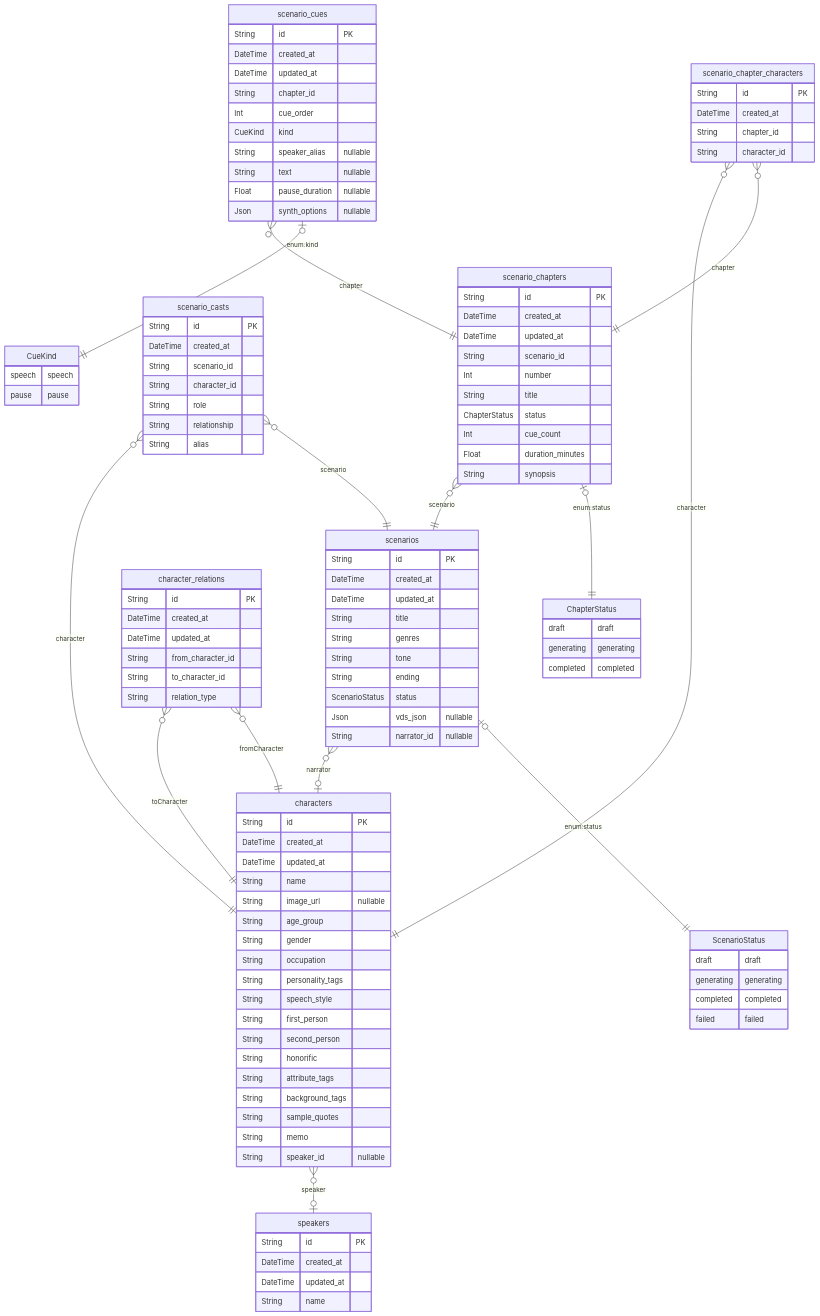
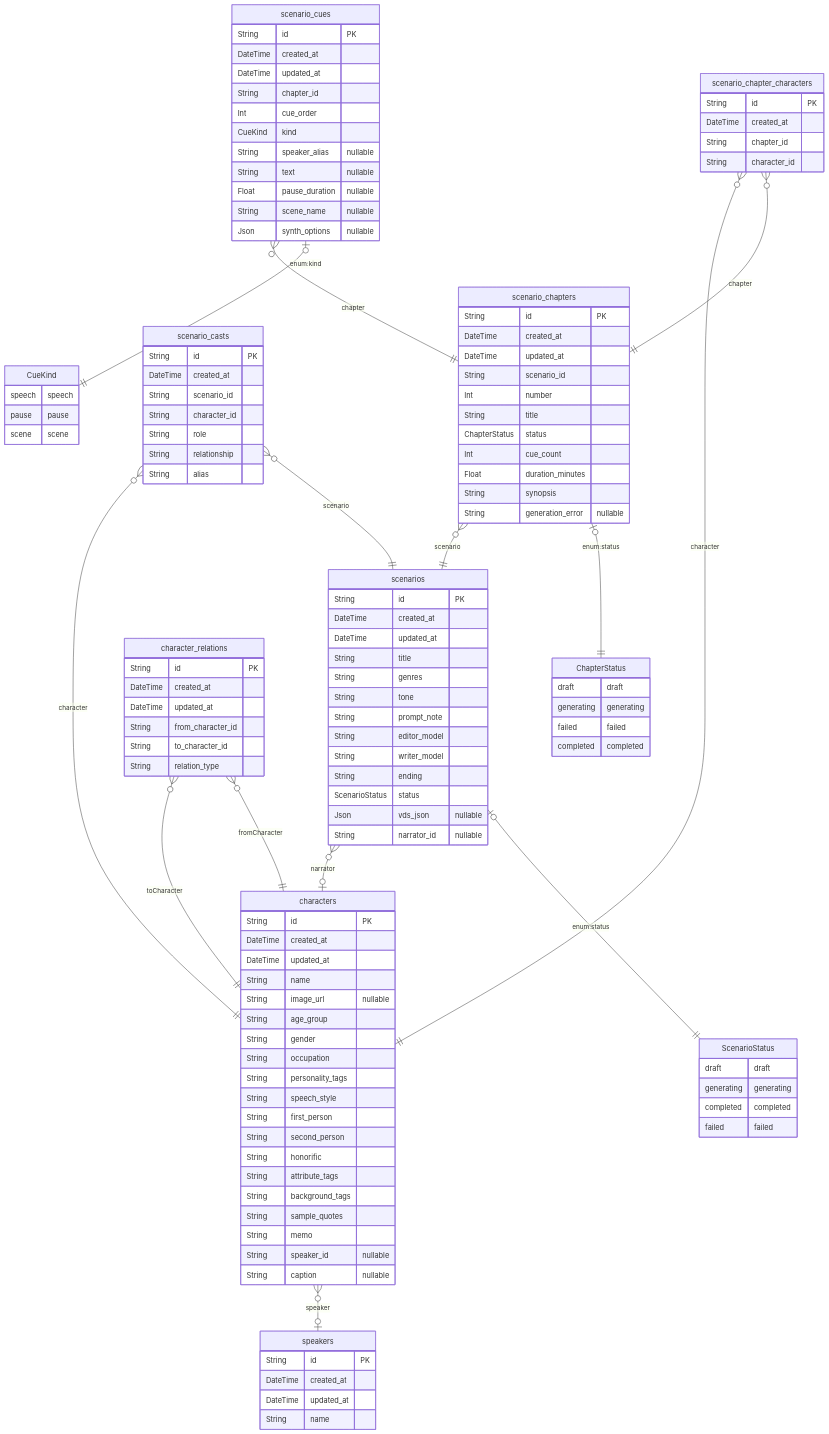
The diagram in packages/web/prisma/ERD.md (tkgstrator/Irodori-TTS-Discord-Bot), drawn with Mermaid before and after one commit. The commit also changed 7 other files, not shown here.

```diff
--- a/packages/web/prisma/ERD.md
+++ b/packages/web/prisma/ERD.md
@@ -13,6 +13,7 @@
         ChapterStatus {
             draft draft
 generating generating
+failed failed
 completed completed
         }
     
@@ -21,6 +22,7 @@
         CueKind {
             speech speech
 pause pause
+scene scene
         }
     
   "characters" {
@@ -42,6 +44,7 @@
     String sample_quotes 
     String memo 
     String speaker_id "nullable"
+    String caption "nullable"
     }
   
 
@@ -70,6 +73,9 @@
     String title 
     String genres 
     String tone 
+    String prompt_note 
+    String editor_model 
+    String writer_model 
     String ending 
     ScenarioStatus status 
     Json vds_json "nullable"
@@ -99,6 +105,7 @@
     Int cue_count 
     Float duration_minutes 
     String synopsis 
+    String generation_error "nullable"
     }
   
 
@@ -120,6 +127,7 @@
     String speaker_alias "nullable"
     String text "nullable"
     Float pause_duration "nullable"
+    String scene_name "nullable"
     Json synth_options "nullable"
     }
   
```
